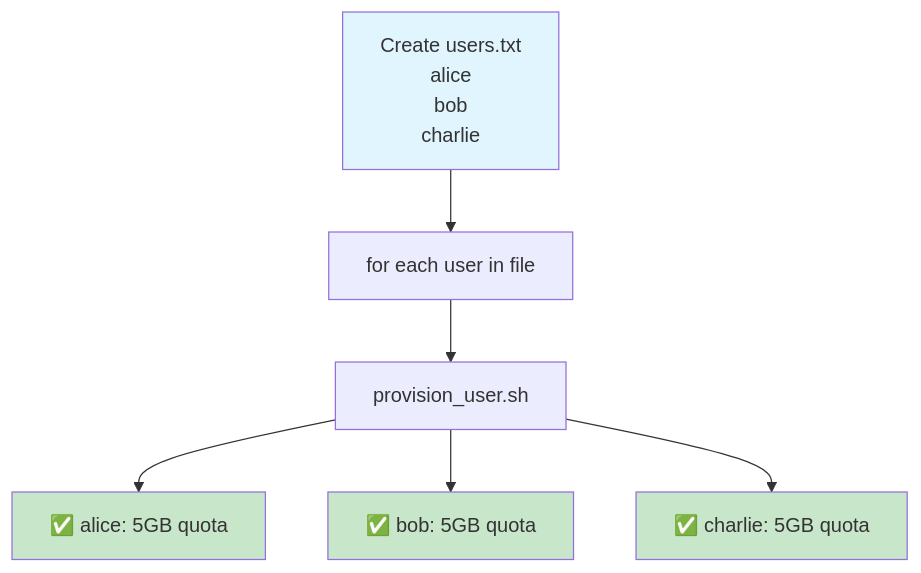
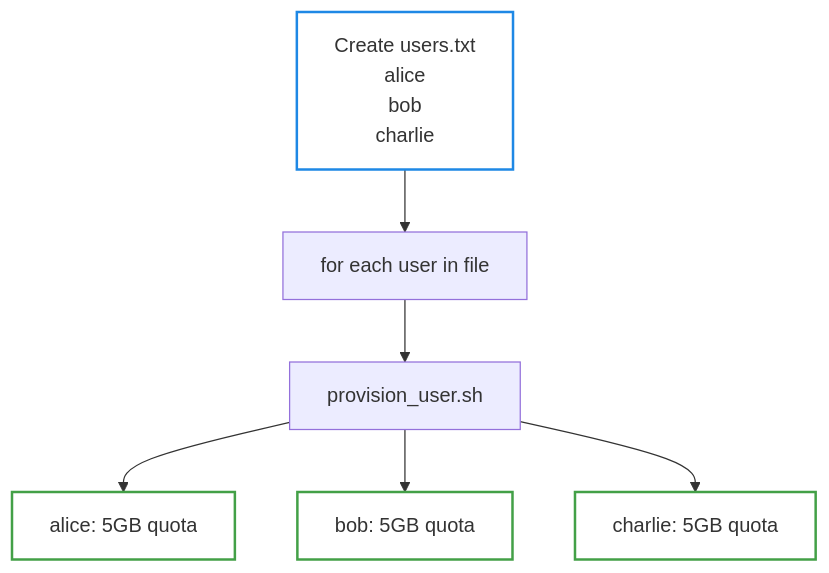
Before and after one commit to aaronwittchen/Automated-Storage-Provisioning-Tool: the sixth of 7 diagrams in docs/architecture.md, drawn with Mermaid. The commit also changed other lines of this file and 5 other files, not shown here.

````diff
--- a/docs/architecture.md
+++ b/docs/architecture.md
@@ -362,13 +354,13 @@
 ```mermaid
 graph TD
     A["Create users.txt<br/>alice<br/>bob<br/>charlie"] --> B["for each user in file"]
     B --> C["provision_user.sh"]
-    C --> D1["✅ alice: 5GB quota"]
-    C --> D2["✅ bob: 5GB quota"]
-    C --> D3["✅ charlie: 5GB quota"]
+    C --> D1["alice: 5GB quota"]
+    C --> D2["bob: 5GB quota"]
+    C --> D3["charlie: 5GB quota"]
     
-    style A fill:#e1f5ff
-    style D1 fill:#c8e6c9
-    style D2 fill:#c8e6c9
-    style D3 fill:#c8e6c9
+    style A stroke:#1e88e5,stroke-width:2px,fill:none
+    style D1 stroke:#43a047,stroke-width:2px,fill:none
+    style D2 stroke:#43a047,stroke-width:2px,fill:none
+    style D3 stroke:#43a047,stroke-width:2px,fill:none
 ```
````
